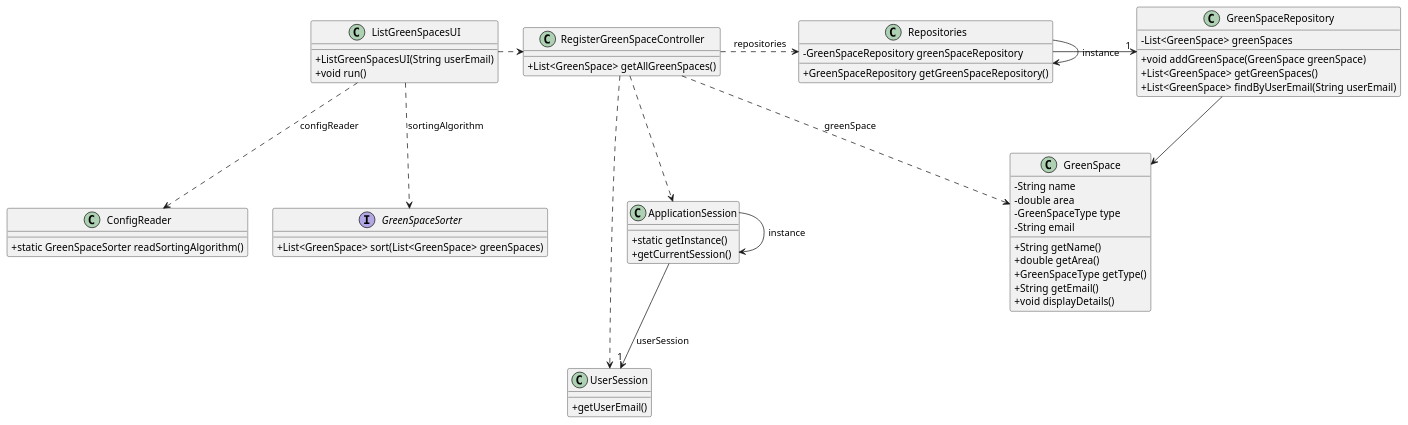
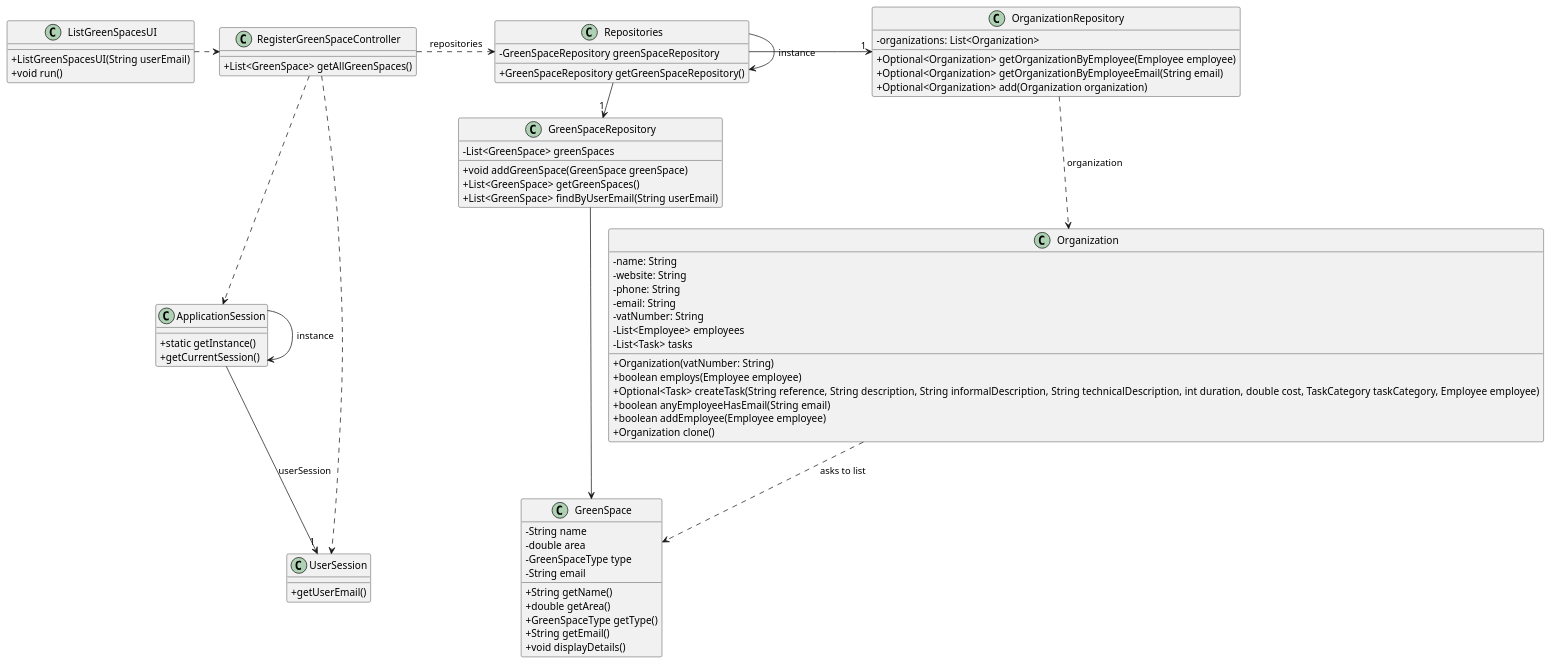
One commit to Departamento-de-Engenharia-Informatica/greenspace-management changed the diagram in docs/sprintC/us027/03.design/puml/us027-class-diagram.puml. Above: the diagram before and after it, drawn with PlantUML. The commit also changed 4 other files, not shown here.

```diff
--- a/docs/sprintC/us027/03.design/puml/us027-class-diagram.puml
+++ b/docs/sprintC/us027/03.design/puml/us027-class-diagram.puml
@@ -1,82 +1,96 @@
 @startuml
 
 'skinparam monochrome true
 skinparam packageStyle rectangle
 skinparam shadowing false
 skinparam linetype polyline
 skinparam linetype orto
 
 skinparam classAttributeIconSize 0
 
 
 class GreenSpace {
     - String name
     - double area
     - GreenSpaceType type
     - String email
 
     + String getName()
     + double getArea()
     + GreenSpaceType getType()
     + String getEmail()
     + void displayDetails()
 }
+class Organization {
+    - name: String
+    - website: String
+    - phone: String
+    - email: String
+    - vatNumber: String
+    - List<Employee> employees
+    - List<Task> tasks
 
+    + Organization(vatNumber: String)
+    + boolean employs(Employee employee)
+    + Optional<Task> createTask(String reference, String description, String informalDescription, String technicalDescription, int duration, double cost, TaskCategory taskCategory, Employee employee)
+    + boolean anyEmployeeHasEmail(String email)
+    + boolean addEmployee(Employee employee)
+    + Organization clone()
+}
 class GreenSpaceRepository {
     - List<GreenSpace> greenSpaces
 
     + void addGreenSpace(GreenSpace greenSpace)
     + List<GreenSpace> getGreenSpaces()
     + List<GreenSpace> findByUserEmail(String userEmail)
+}
+class OrganizationRepository {
+    - organizations: List<Organization>
+
+    + Optional<Organization> getOrganizationByEmployee(Employee employee)
+    + Optional<Organization> getOrganizationByEmployeeEmail(String email)
+    + Optional<Organization> add(Organization organization)
 }
 
 class RegisterGreenSpaceController {
     + List<GreenSpace> getAllGreenSpaces()
 }
 
 class ListGreenSpacesUI {
     + ListGreenSpacesUI(String userEmail)
     + void run()
 }
 
-class ConfigReader {
-    + static GreenSpaceSorter readSortingAlgorithm()
-}
-
-interface GreenSpaceSorter {
-    + List<GreenSpace> sort(List<GreenSpace> greenSpaces)
-}
 
 class Repositories {
     - GreenSpaceRepository greenSpaceRepository
 
     + GreenSpaceRepository getGreenSpaceRepository()
 }
 class ApplicationSession {
     + static getInstance()
     + getCurrentSession()
 }
 
 class UserSession {
     + getUserEmail()
 }
 Repositories -> Repositories : instance
 
 ListGreenSpacesUI .> RegisterGreenSpaceController
 ApplicationSession -> ApplicationSession : instance
 ApplicationSession --> "1" UserSession : userSession
 RegisterGreenSpaceController ..> ApplicationSession
 RegisterGreenSpaceController ..> UserSession
 RegisterGreenSpaceController .> Repositories : repositories
 
 Repositories -> "1" GreenSpaceRepository
+Repositories -> "1" OrganizationRepository
 
-ListGreenSpacesUI ..> ConfigReader : configReader
-ListGreenSpacesUI ..> GreenSpaceSorter : sortingAlgorithm
-
-RegisterGreenSpaceController ..> GreenSpace : greenSpace
+OrganizationRepository ..> Organization : organization
+Organization ..> GreenSpace : asks to list
 
 GreenSpaceRepository --> GreenSpace
 
 
 @enduml
```
